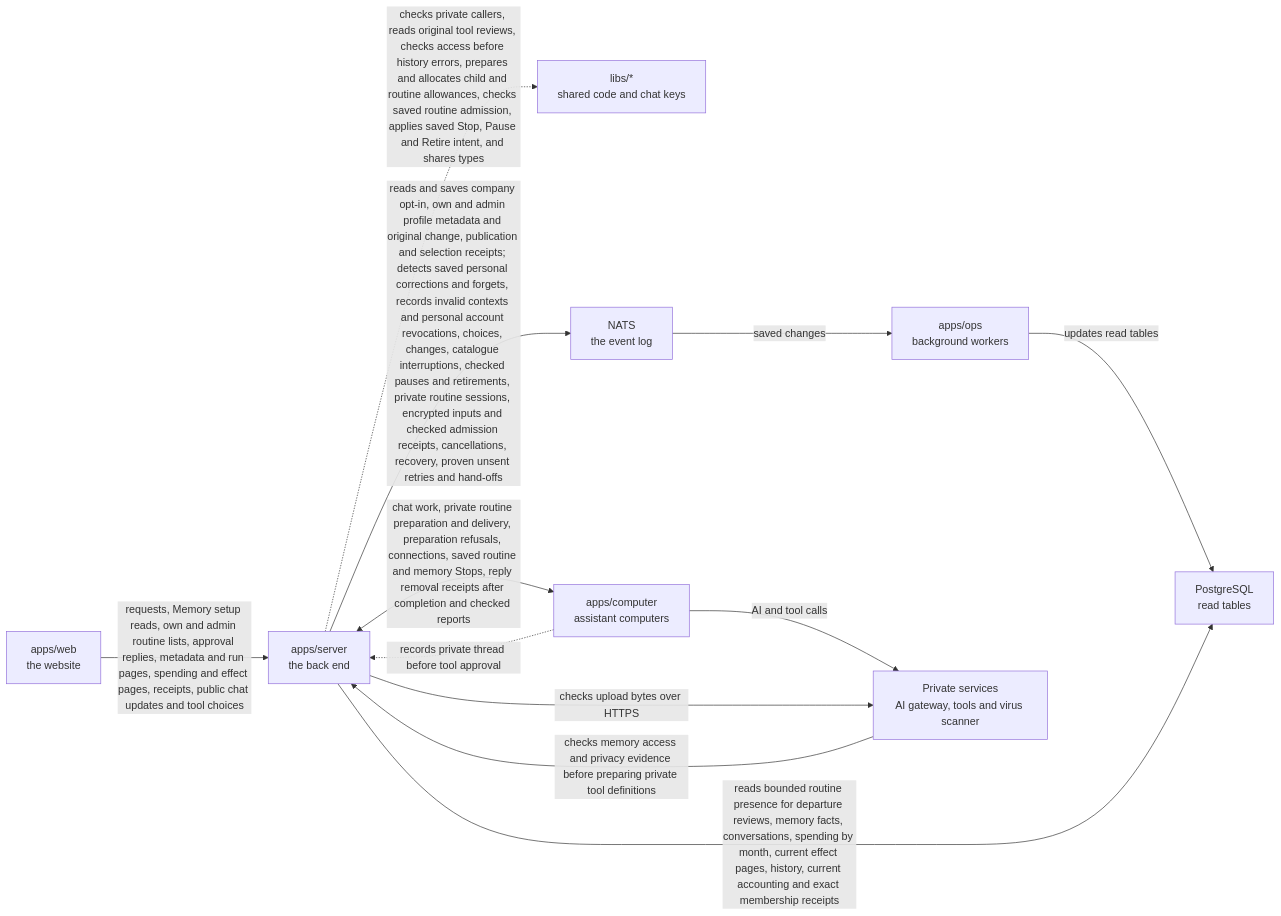
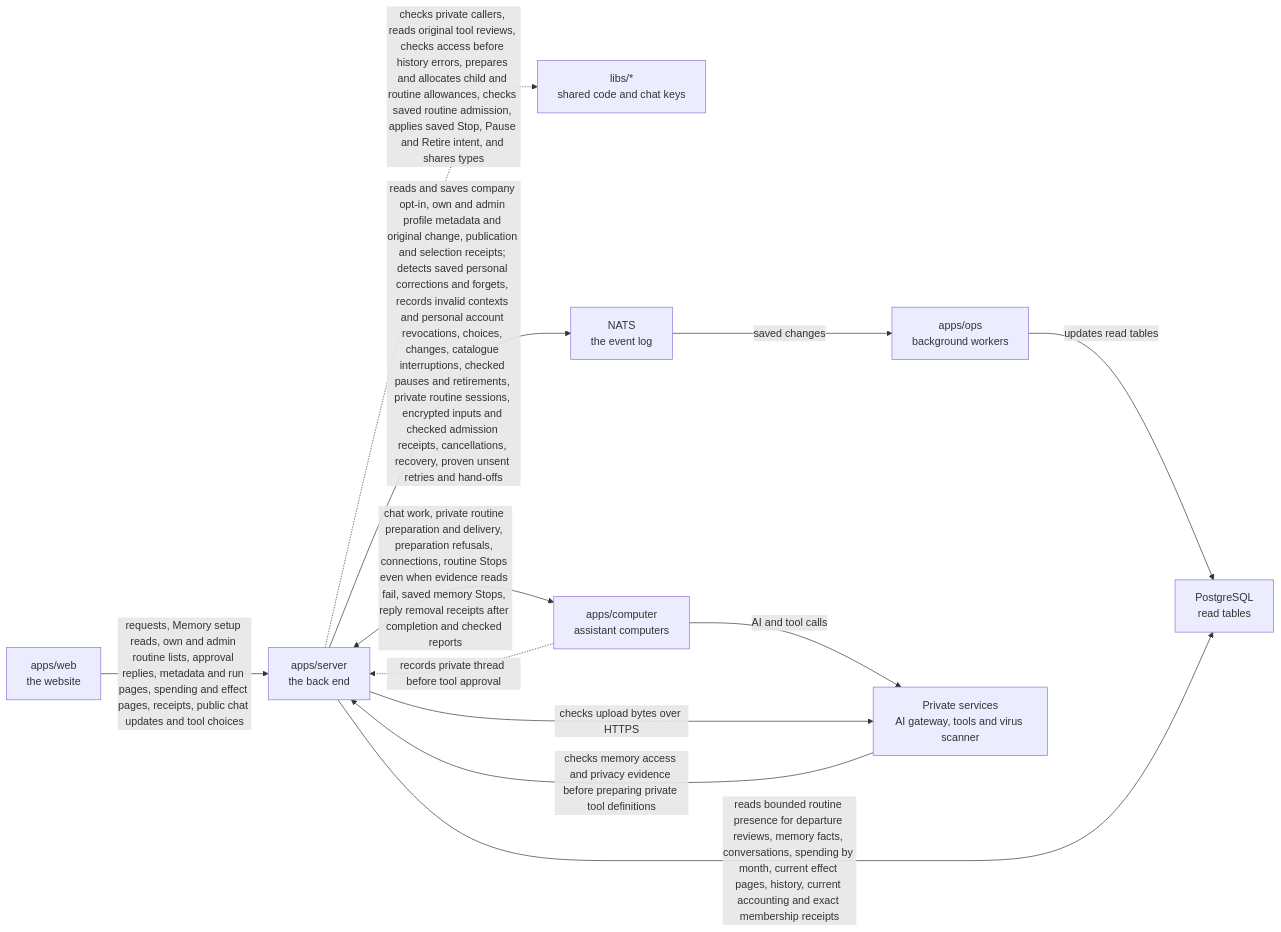
One commit to elewa-git/opencrane-new changed the diagram in apps/server/README.md. Above: the diagram before and after it, drawn with Mermaid. The commit also changed other lines of this file and 3 other files, not shown here.

Commit message:
🛑 Stop accepted routine turns when prohibition evidence is unavailable

````diff
--- a/apps/server/README.md
+++ b/apps/server/README.md
@@ -125,14 +127,14 @@
 ```mermaid
 flowchart LR
   web["apps/web<br/>the website"] -->|requests, Memory setup reads, own and admin routine lists, approval replies, metadata and run pages, spending and effect pages, receipts, public chat updates and tool choices| server["apps/server<br/>the back end"]
   server -.->|checks private callers, reads original tool reviews, checks access before history errors, prepares and allocates child and routine allowances, checks saved routine admission, applies saved Stop, Pause and Retire intent, and shares types| libs["libs/*<br/>shared code and chat keys"]
   server -->|reads and saves company opt-in, own and admin profile metadata and original change, publication and selection receipts; detects saved personal corrections and forgets, records invalid contexts and personal account revocations, choices, changes, catalogue interruptions, checked pauses and retirements, private routine sessions, encrypted inputs and checked admission receipts, cancellations, recovery, proven unsent retries and hand-offs| nats["NATS<br/>the event log"]
   nats -->|saved changes| ops["apps/ops<br/>background workers"]
   ops -->|updates read tables| postgres["PostgreSQL<br/>read tables"]
   server -->|reads bounded routine presence for departure reviews, memory facts, conversations, spending by month, current effect pages, history, current accounting and exact membership receipts| postgres
-  server <-->|chat work, private routine preparation and delivery, preparation refusals, connections, saved routine and memory Stops, reply removal receipts after completion and checked reports| computer["apps/computer<br/>assistant computers"]
+  server <-->|chat work, private routine preparation and delivery, preparation refusals, connections, routine Stops even when evidence reads fail, saved memory Stops, reply removal receipts after completion and checked reports| computer["apps/computer<br/>assistant computers"]
   computer -.->|records private thread before tool approval| server
   computer -->|AI and tool calls| runtime["Private services<br/>AI gateway, tools and virus scanner"]
   server -->|checks upload bytes over HTTPS| runtime
   runtime -->|checks memory access and privacy evidence before preparing private tool definitions| server
 ```
````
